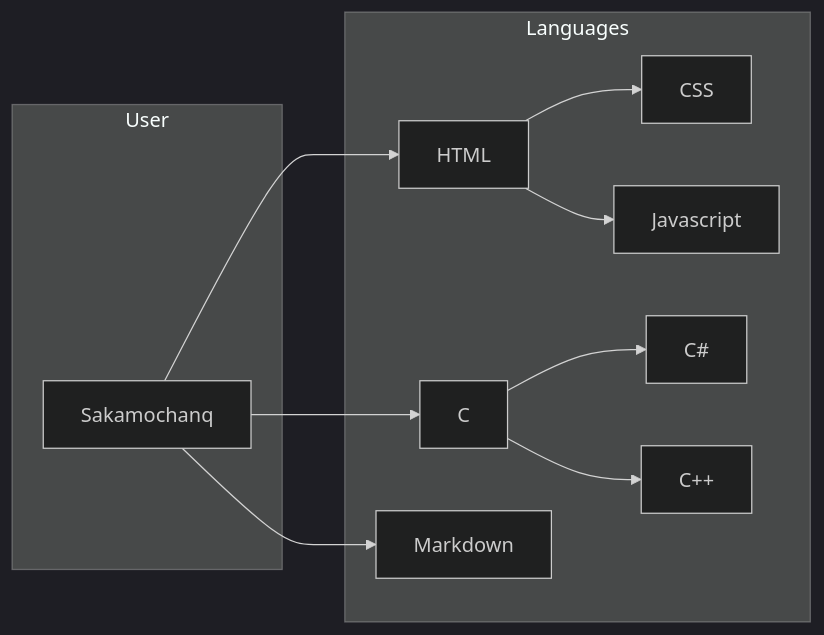
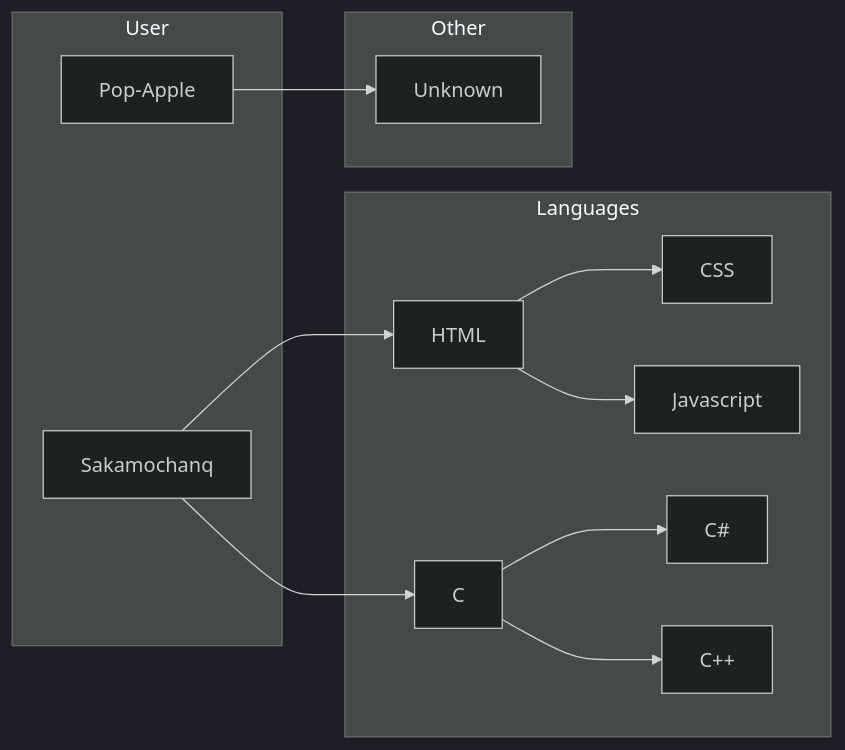
Before and after one commit to Pop-Apple/Sakamochanq: the diagram in README.md, drawn with Mermaid. The commit also changed other lines of this file, not shown here.

````diff
--- a/README.md
+++ b/README.md
@@ -14,21 +13,26 @@
 ```mermaid
 graph LR
 
   %%{init: {"theme" : "dark" }}%%
 
   subgraph "User"
     A-1[Sakamochanq]
+    A-2[Pop-Apple]
 
   end
 
   subgraph "Languages"
     A-1 --> B-1[HTML]
     B-1 --> C-1[CSS]
     B-1 --> C-2[Javascript]
     A-1 --> B-2[C]
     B-2 --> C-3[C#]
     B-2 --> C-4[C++]
-    A-1 --> B-3[Markdown]
+
+  end
+
+  subgraph "Other"
+    A-2 --> B-3[Unknown]
 
   end
 ```
````
